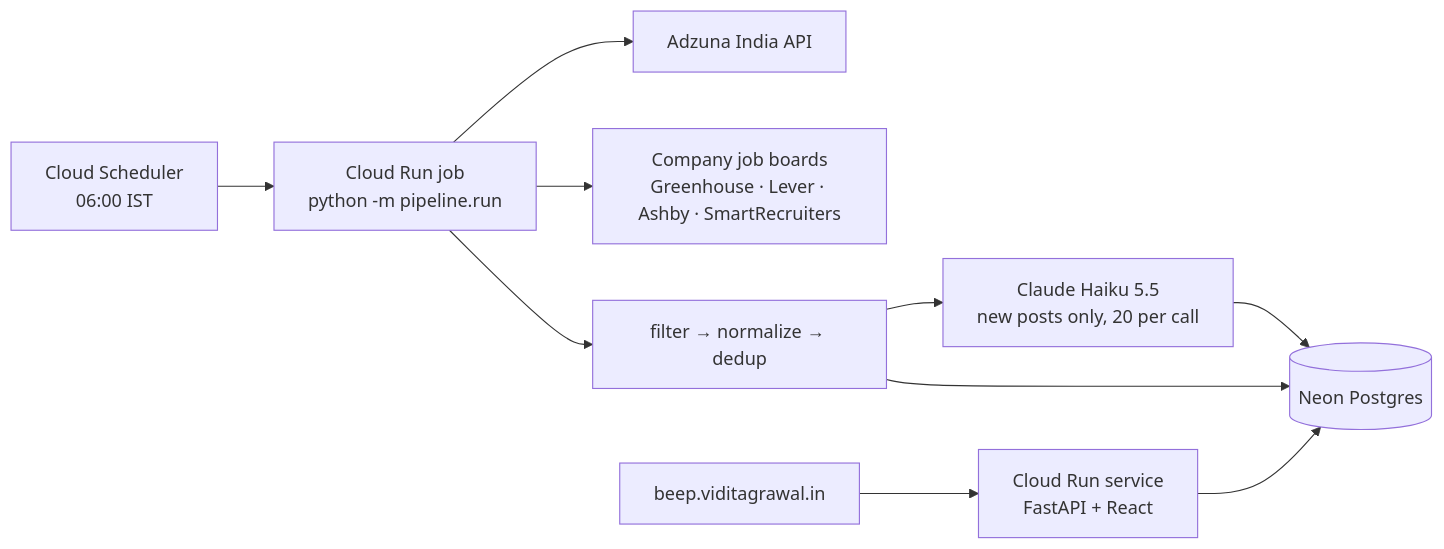
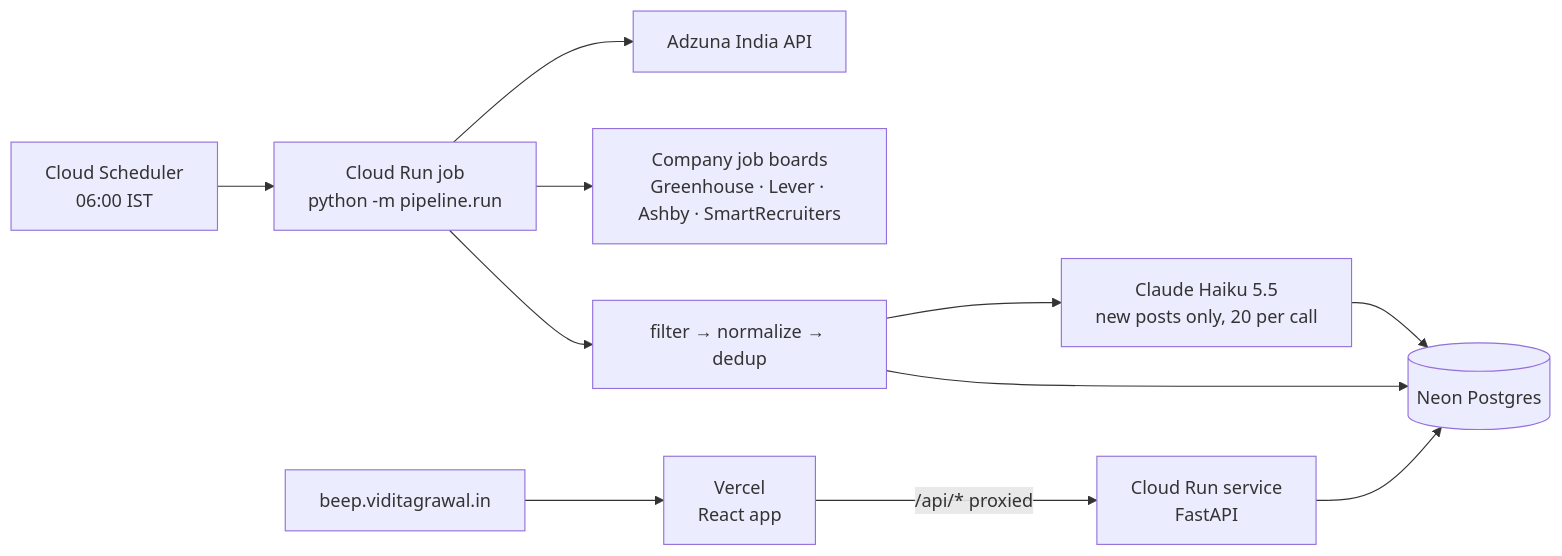
Before and after one commit to ViditAgrawal21/fresher-jobs-india: the diagram in README.md, drawn with Mermaid. The commit also changed other lines of this file and 5 other files, not shown here.

First line of the commit message:
Host the web app on Vercel; backend image is API + pipeline only

````diff
--- a/README.md
+++ b/README.md
@@ -17,12 +17,13 @@
 ```mermaid
 flowchart LR
     S["Cloud Scheduler<br/>06:00 IST"] --> J["Cloud Run job<br/>python -m pipeline.run"]
     J --> A["Adzuna India API"]
     J --> B["Company job boards<br/>Greenhouse · Lever · Ashby · SmartRecruiters"]
     J --> P["filter → normalize → dedup"]
     P --> T["Claude Haiku 5.5<br/>new posts only, 20 per call"]
     T --> DB[("Neon Postgres")]
     P --> DB
-    W["Cloud Run service<br/>FastAPI + React"] --> DB
-    U["beep.viditagrawal.in"] --> W
+    W["Cloud Run service<br/>FastAPI"] --> DB
+    V["Vercel<br/>React app"] -- "/api/* proxied" --> W
+    U["beep.viditagrawal.in"] --> V
 ```
````
